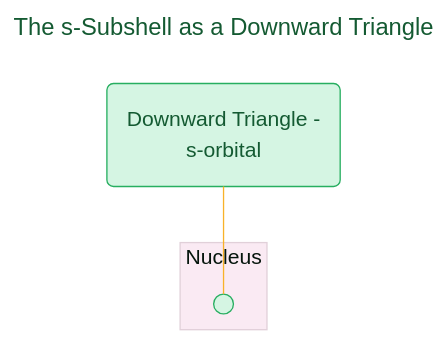
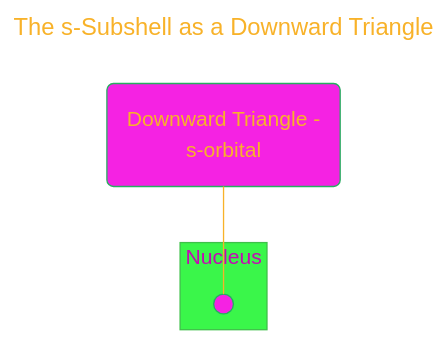
The first of 9 diagrams in Quantum_Harmonic_Atomic_Model/Quantum_Harmonic_Atomic_Model_Draft_7.md (CongLeSolutionX/Harmonic_Atomica), drawn with Mermaid before and after one commit. The commit also changed other lines of this file and 1 other file, not shown here.

````diff
--- a/Quantum_Harmonic_Atomic_Model/Quantum_Harmonic_Atomic_Model_Draft_7.md
+++ b/Quantum_Harmonic_Atomic_Model/Quantum_Harmonic_Atomic_Model_Draft_7.md
@@ -40,37 +40,37 @@
 ```mermaid
 ---
 title: "The s-Subshell as a Downward Triangle"
 author: "Cong Le"
 version: "1.0"
 license(s): "MIT, CC BY 4.0"
 copyright: "Copyright (c) 2025 Cong Le. All Rights Reserved."
 config:
   layout: elk
   theme: base
 ---
 %%%%%%%% Mermaid version v11.4.1-b.14
 %%%%%%%% Available curve styles include the following keywords:
 %% basis, bumpX, bumpY, cardinal, catmullRom, linear, monotoneX, monotoneY, natural, step, stepAfter, stepBefore.
 %%{
   init: {
     'flowchart': { 'htmlLabels': false, 'curve': 'linear' },
     'fontFamily': 'Monaco',
     'themeVariables': {
-      'primaryColor': '#D5F5E3',
-      'primaryTextColor': '#145A32',
+      'primaryColor': '#F522E3',
+      'primaryTextColor': '#F8B229',
       'lineColor': '#F8B229',
       'primaryBorderColor': '#27AE60',
       'secondaryColor': '#EBDEF0',
       'secondaryTextColor': '#6C3483',
       'secondaryBorderColor': '#A569BD'
     }
   }
 }%%
 graph TD
     subgraph Nucleus["Nucleus"]
         N(( ))
     end
     
     S("Downward Triangle -<br/> s-orbital") --- N
        
 ```
````
